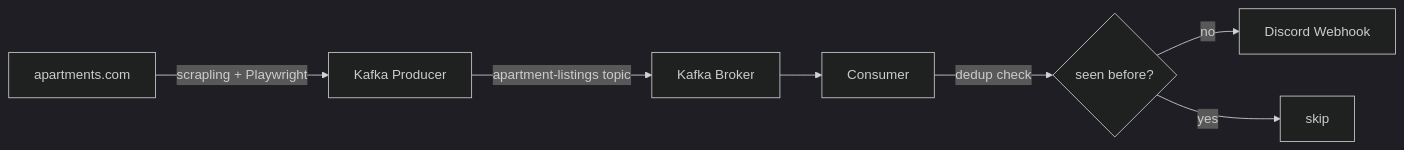
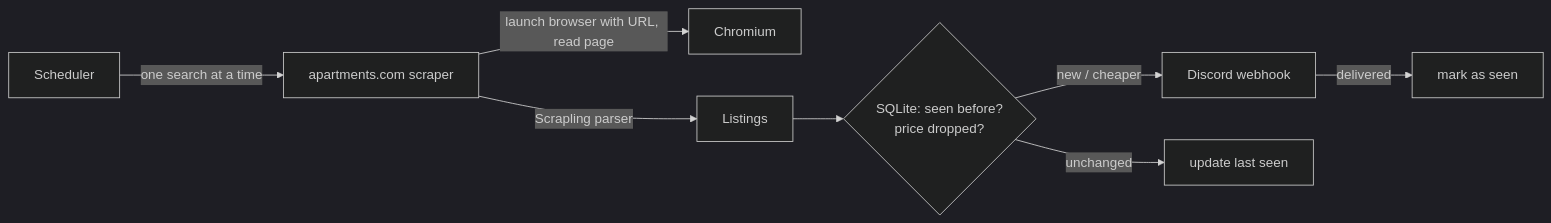
Before and after one commit to DanXSpace/apartment-hunter: the diagram in README.md, drawn with Mermaid (dark theme). The commit also changed other lines of this file and 38 other files, not shown here.

````diff
--- a/README.md
+++ b/README.md
@@ -12,9 +113,10 @@
 ```mermaid
 graph LR
-    A[apartments.com] -->|scrapling + Playwright| B[Kafka Producer]
-    B -->|apartment-listings topic| C[Kafka Broker]
-    C --> D[Consumer]
-    D -->|dedup check| E{seen before?}
-    E -->|no| F[Discord Webhook]
-    E -->|yes| G[skip]
+    A[Scheduler] -->|one search at a time| B[apartments.com scraper]
+    B -->|launch browser with URL, read page| C[Chromium]
+    B -->|Scrapling parser| D[Listings]
+    D --> E{SQLite: seen before?<br/>price dropped?}
+    E -->|new / cheaper| F[Discord webhook]
+    F -->|delivered| G[mark as seen]
+    E -->|unchanged| H[update last seen]
 ```
````
